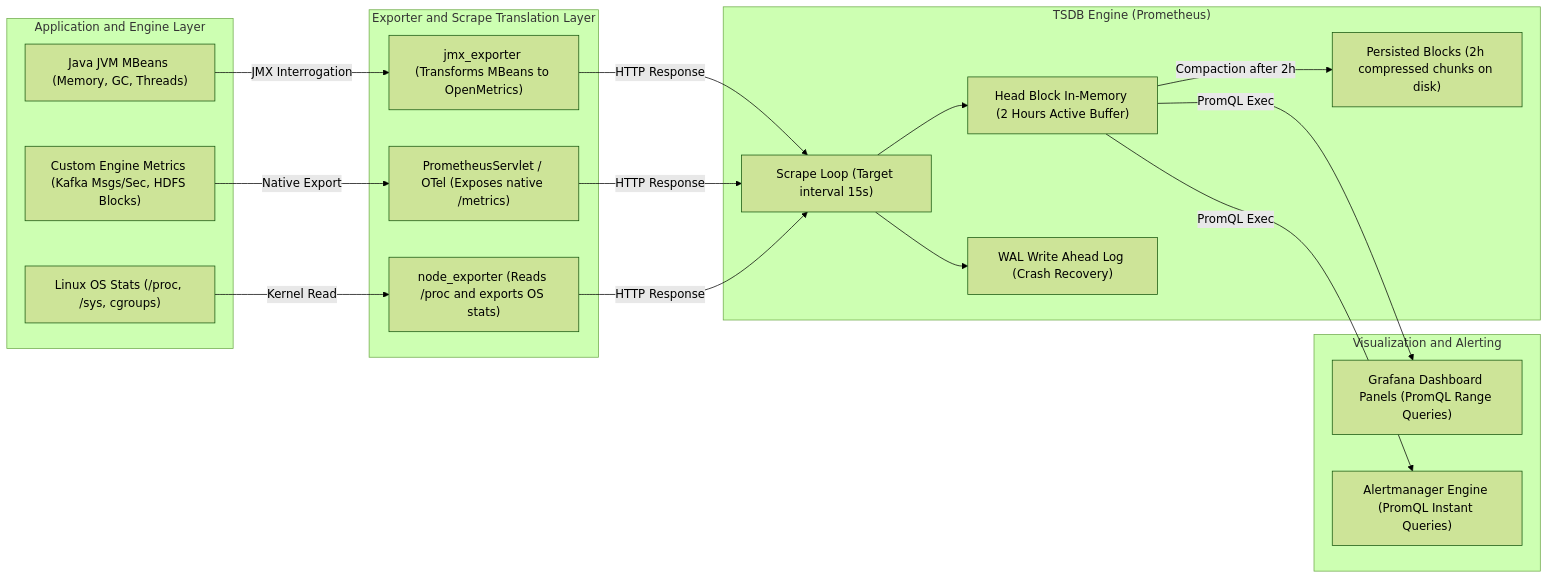
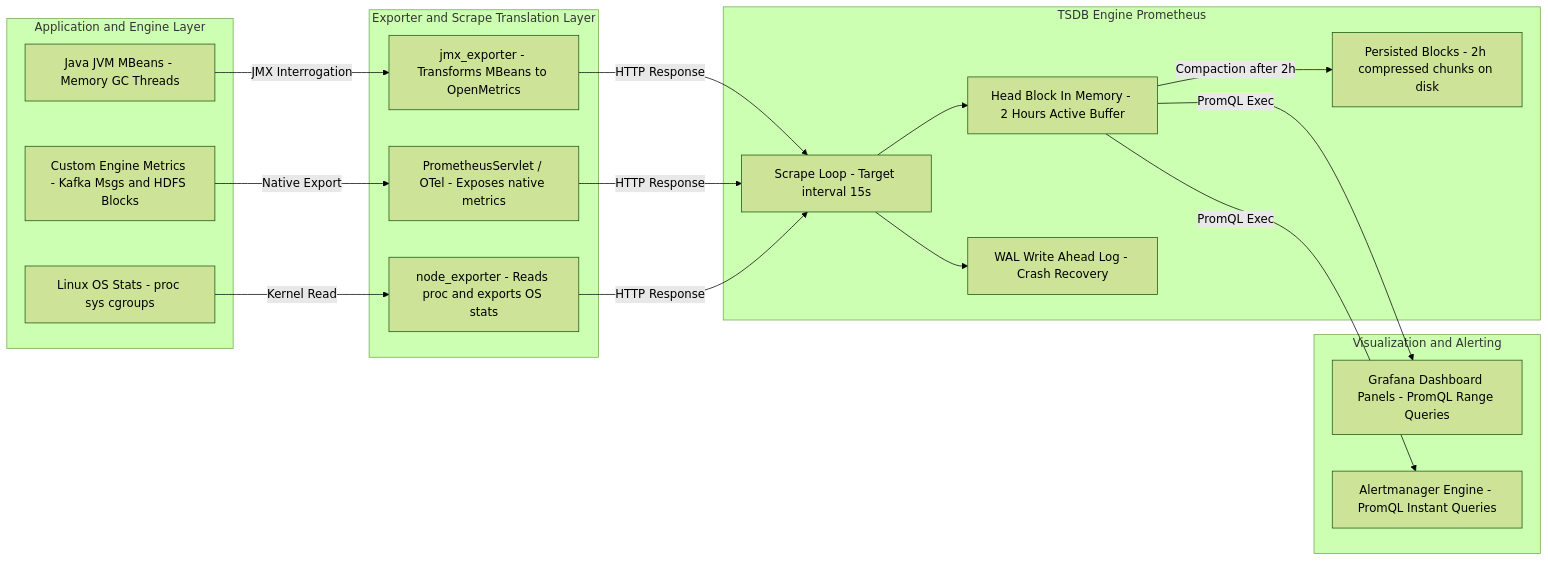
One commit to userhimanshuverma/30_Days_of_Modern_Hadoop_Ecosystem changed the third of 6 diagrams in Day-28-Platform-Observability/README.md. Above: the diagram before and after it, drawn with Mermaid (forest theme). The commit also changed other lines of this file and 5 other files, not shown here.

Commit message:
fix(day-28): Simplify Mermaid diagram syntax to ensure 100% visual rendering in GitHub UI

````diff
--- a/Day-28-Platform-Observability/README.md
+++ b/Day-28-Platform-Observability/README.md
@@ -136,41 +136,41 @@
 ```mermaid
-flowchart LR
-    subgraph Sources ["Application and Engine Layer"]
-        A1["Java JVM MBeans (Memory, GC, Threads)"]
-        A2["Custom Engine Metrics (Kafka Msgs/Sec, HDFS Blocks)"]
-        A3["Linux OS Stats (/proc, /sys, cgroups)"]
+graph LR
+    subgraph Sources [Application and Engine Layer]
+        A1[Java JVM MBeans - Memory GC Threads]
+        A2[Custom Engine Metrics - Kafka Msgs and HDFS Blocks]
+        A3[Linux OS Stats - proc sys cgroups]
     end
 
-    subgraph Translation ["Exporter and Scrape Translation Layer"]
-        B1["jmx_exporter (Transforms MBeans to OpenMetrics)"]
-        B2["PrometheusServlet / OTel (Exposes native /metrics)"]
-        B3["node_exporter (Reads /proc and exports OS stats)"]
+    subgraph Translation [Exporter and Scrape Translation Layer]
+        B1[jmx_exporter - Transforms MBeans to OpenMetrics]
+        B2[PrometheusServlet / OTel - Exposes native metrics]
+        B3[node_exporter - Reads proc and exports OS stats]
     end
 
-    subgraph Storage ["TSDB Engine (Prometheus)"]
-        C1["Scrape Loop (Target interval 15s)"]
-        C2["Head Block In-Memory (2 Hours Active Buffer)"]
-        C3["WAL Write Ahead Log (Crash Recovery)"]
-        C4["Persisted Blocks (2h compressed chunks on disk)"]
+    subgraph Storage [TSDB Engine Prometheus]
+        C1[Scrape Loop - Target interval 15s]
+        C2[Head Block In Memory - 2 Hours Active Buffer]
+        C3[WAL Write Ahead Log - Crash Recovery]
+        C4[Persisted Blocks - 2h compressed chunks on disk]
     end
 
-    subgraph Consumption ["Visualization and Alerting"]
-        D1["Grafana Dashboard Panels (PromQL Range Queries)"]
-        D2["Alertmanager Engine (PromQL Instant Queries)"]
+    subgraph Consumption [Visualization and Alerting]
+        D1[Grafana Dashboard Panels - PromQL Range Queries]
+        D2[Alertmanager Engine - PromQL Instant Queries]
     end
 
     A1 -->|JMX Interrogation| B1
     A2 -->|Native Export| B2
     A3 -->|Kernel Read| B3
 
     B1 -->|HTTP Response| C1
     B2 -->|HTTP Response| C1
     B3 -->|HTTP Response| C1
 
     C1 --> C2
     C1 --> C3
     C2 -->|Compaction after 2h| C4
 
     C2 -->|PromQL Exec| D1
     C2 -->|PromQL Exec| D2
 ```
````
